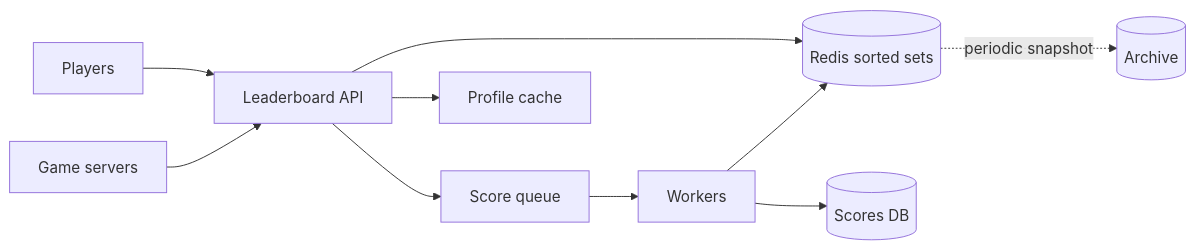
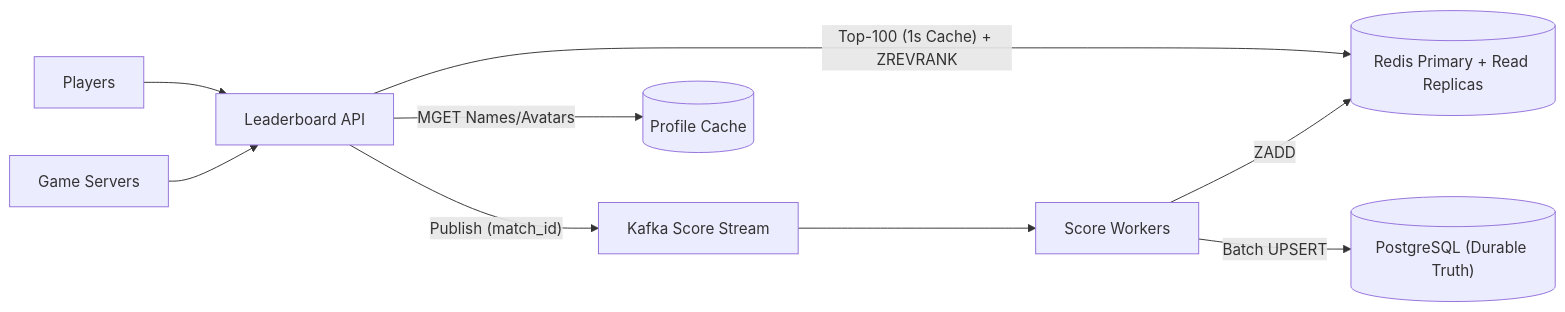
Before and after one commit to TapanKumarBarik/Backend-roadmap: the second of 5 diagrams in content/system-design/22-interview-design-problems/33-design-a-leaderboard/README.md, drawn with Mermaid. The commit also changed other lines of this file and 37 other files, not shown here.

Commit message:
Upgrade Track 22 (37 interview design problems) with scale-by-scale architecture evolution

````diff
--- a/content/system-design/22-interview-design-problems/33-design-a-leaderboard/README.md
+++ b/content/system-design/22-interview-design-problems/33-design-a-leaderboard/README.md
@@ -107,11 +143,11 @@
 ```mermaid
 flowchart LR
-  G["Game servers"] --> API["Leaderboard API"]
-  API --> Q["Score queue"] --> W["Workers"]
-  W --> R[("Redis sorted sets")]
-  W --> DB[("Scores DB")]
+  G["Game Servers"] --> API["Leaderboard API"]
+  API -- "Publish (match_id)" --> K["Kafka Score Stream"]
+  K --> W["Score Workers"]
+  W -- "ZADD" --> RD[("Redis Primary + Read Replicas")]
+  W -- "Batch UPSERT" --> PG[("PostgreSQL (Durable Truth)")]
   P["Players"] --> API
-  API --> R
-  API --> PC["Profile cache"]
-  R -. "periodic snapshot" .-> AR[("Archive")]
+  API -- "Top-100 (1s Cache) + ZREVRANK" --> RD
+  API -- "MGET Names/Avatars" --> PC[("Profile Cache")]
 ```
````
